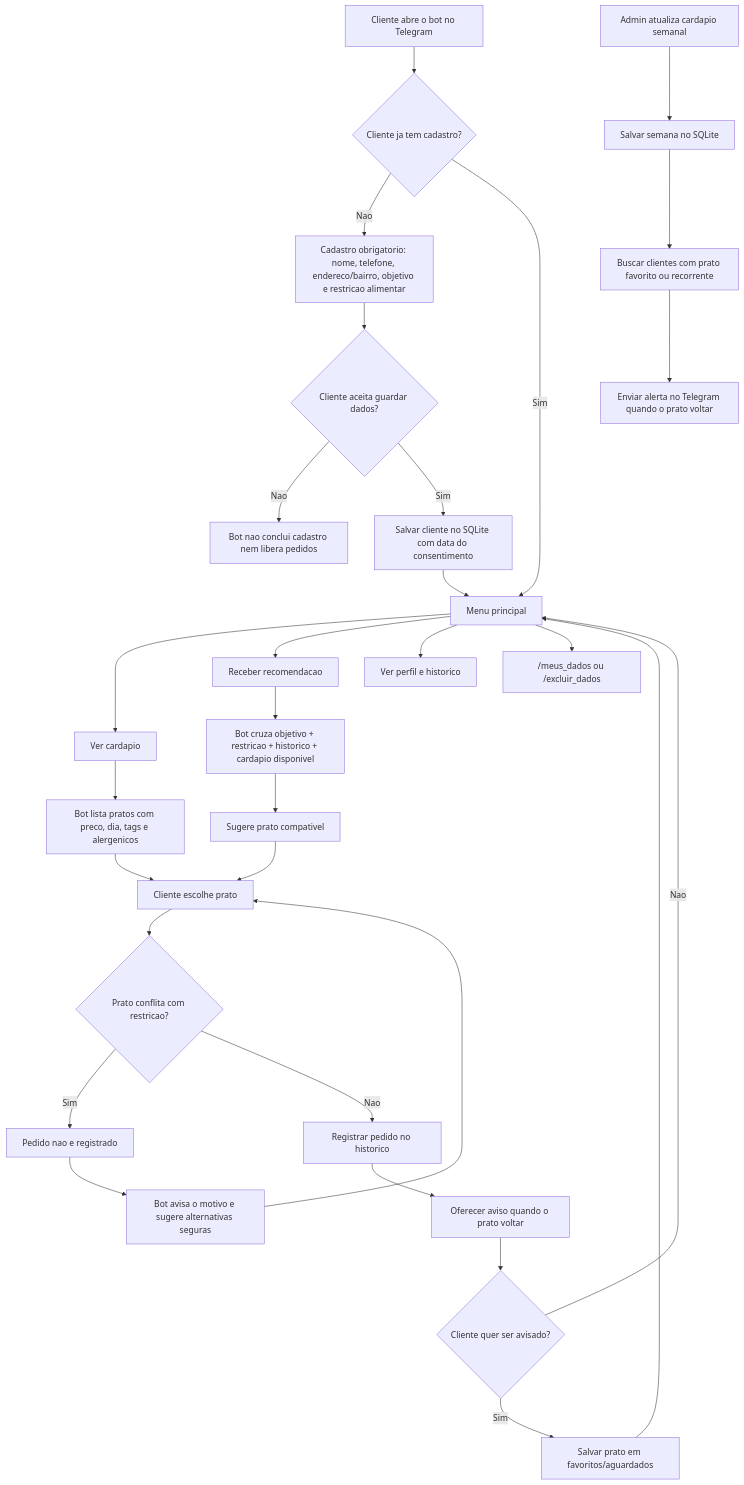
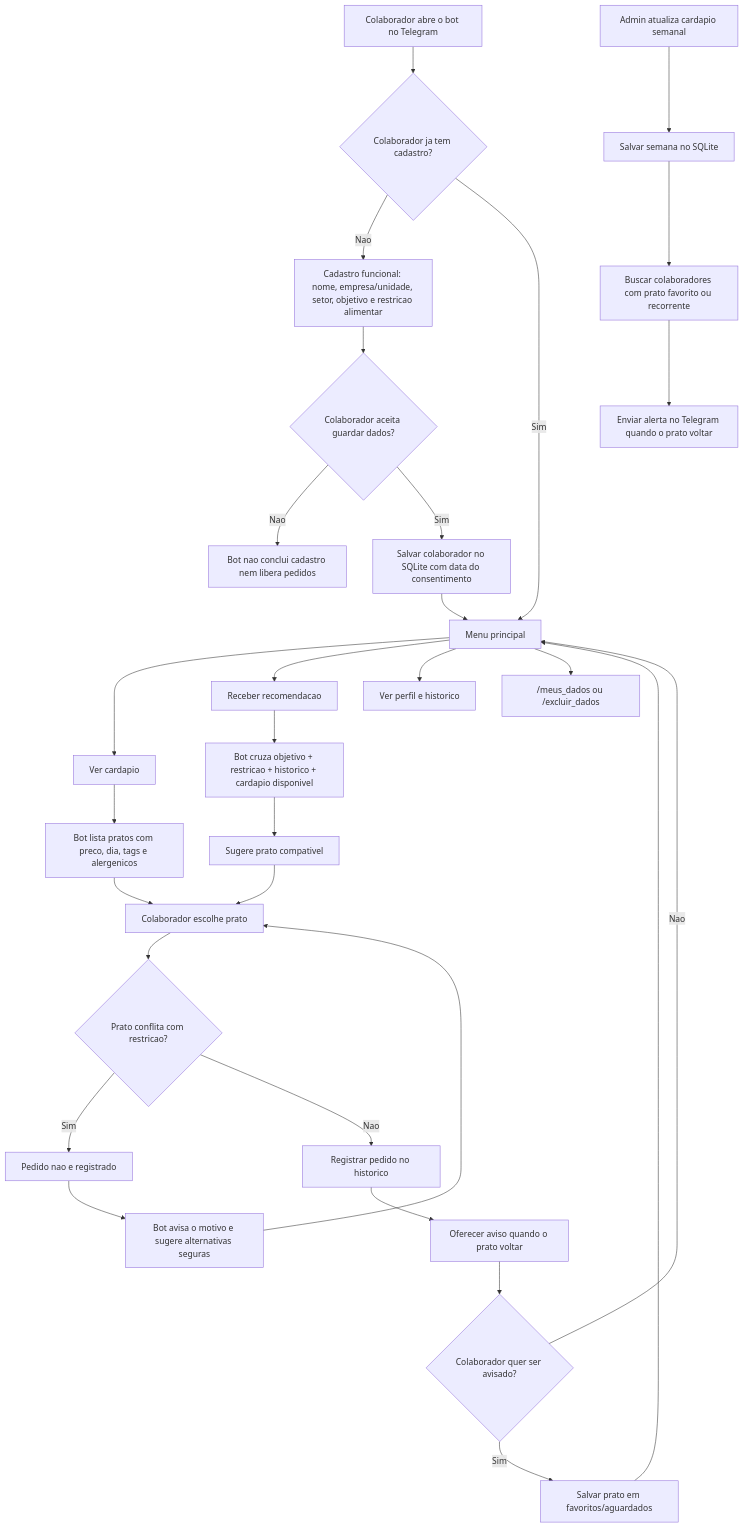
The diagram in README.md (VmaffeiDev/ApetitFoodBot), drawn with Mermaid before and after one commit. The commit also changed other lines of this file and 5 other files, not shown here.

````diff
--- a/README.md
+++ b/README.md
@@ -117,36 +172,36 @@
 ```mermaid
 flowchart TD
-    A["Cliente abre o bot no Telegram"] --> B{Cliente ja tem cadastro?}
-    B -- "Nao" --> C["Cadastro obrigatorio: nome, telefone, endereco/bairro, objetivo e restricao alimentar"]
-    C --> LGPD{Cliente aceita guardar dados?}
+    A["Colaborador abre o bot no Telegram"] --> B{Colaborador ja tem cadastro?}
+    B -- "Nao" --> C["Cadastro funcional: nome, empresa/unidade, setor, objetivo e restricao alimentar"]
+    C --> LGPD{Colaborador aceita guardar dados?}
     LGPD -- "Nao" --> X["Bot nao conclui cadastro nem libera pedidos"]
-    LGPD -- "Sim" --> D["Salvar cliente no SQLite com data do consentimento"]
+    LGPD -- "Sim" --> D["Salvar colaborador no SQLite com data do consentimento"]
     B -- "Sim" --> E["Menu principal"]
     D --> E
 
     E --> F["Ver cardapio"]
     E --> G["Receber recomendacao"]
     E --> H["Ver perfil e historico"]
     E --> LGPD2["/meus_dados ou /excluir_dados"]
 
     F --> I["Bot lista pratos com preco, dia, tags e alergenicos"]
     G --> J["Bot cruza objetivo + restricao + historico + cardapio disponivel"]
     J --> K["Sugere prato compativel"]
-    K --> L["Cliente escolhe prato"]
+    K --> L["Colaborador escolhe prato"]
     I --> L
 
     L --> M{Prato conflita com restricao?}
     M -- "Sim" --> N["Pedido nao e registrado"]
     N --> O["Bot avisa o motivo e sugere alternativas seguras"]
     O --> L
     M -- "Nao" --> P["Registrar pedido no historico"]
     P --> Q["Oferecer aviso quando o prato voltar"]
-    Q --> R{Cliente quer ser avisado?}
+    Q --> R{Colaborador quer ser avisado?}
     R -- "Sim" --> S["Salvar prato em favoritos/aguardados"]
     R -- "Nao" --> E
     S --> E
 
     T["Admin atualiza cardapio semanal"] --> U["Salvar semana no SQLite"]
-    U --> V["Buscar clientes com prato favorito ou recorrente"]
+    U --> V["Buscar colaboradores com prato favorito ou recorrente"]
     V --> W["Enviar alerta no Telegram quando o prato voltar"]
 ```
````
